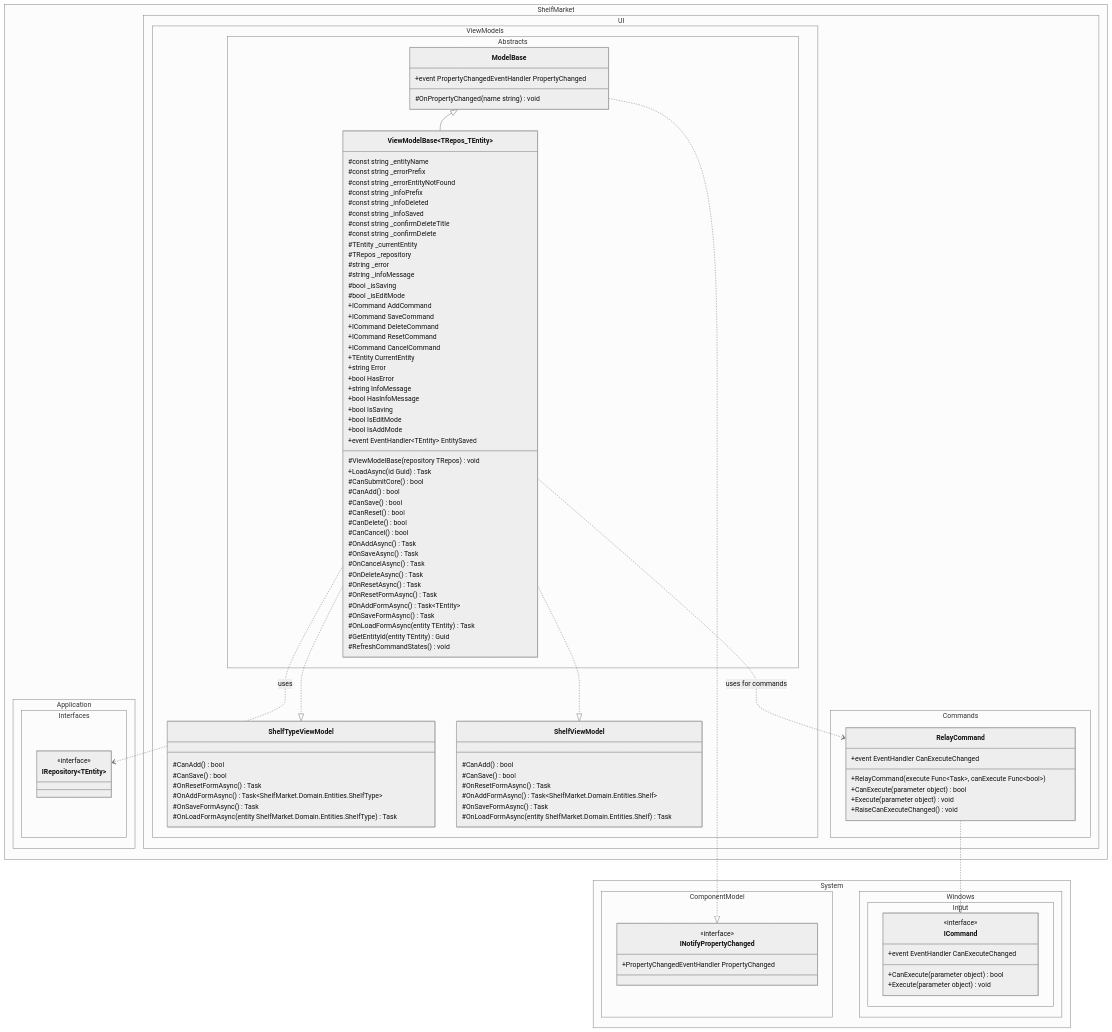
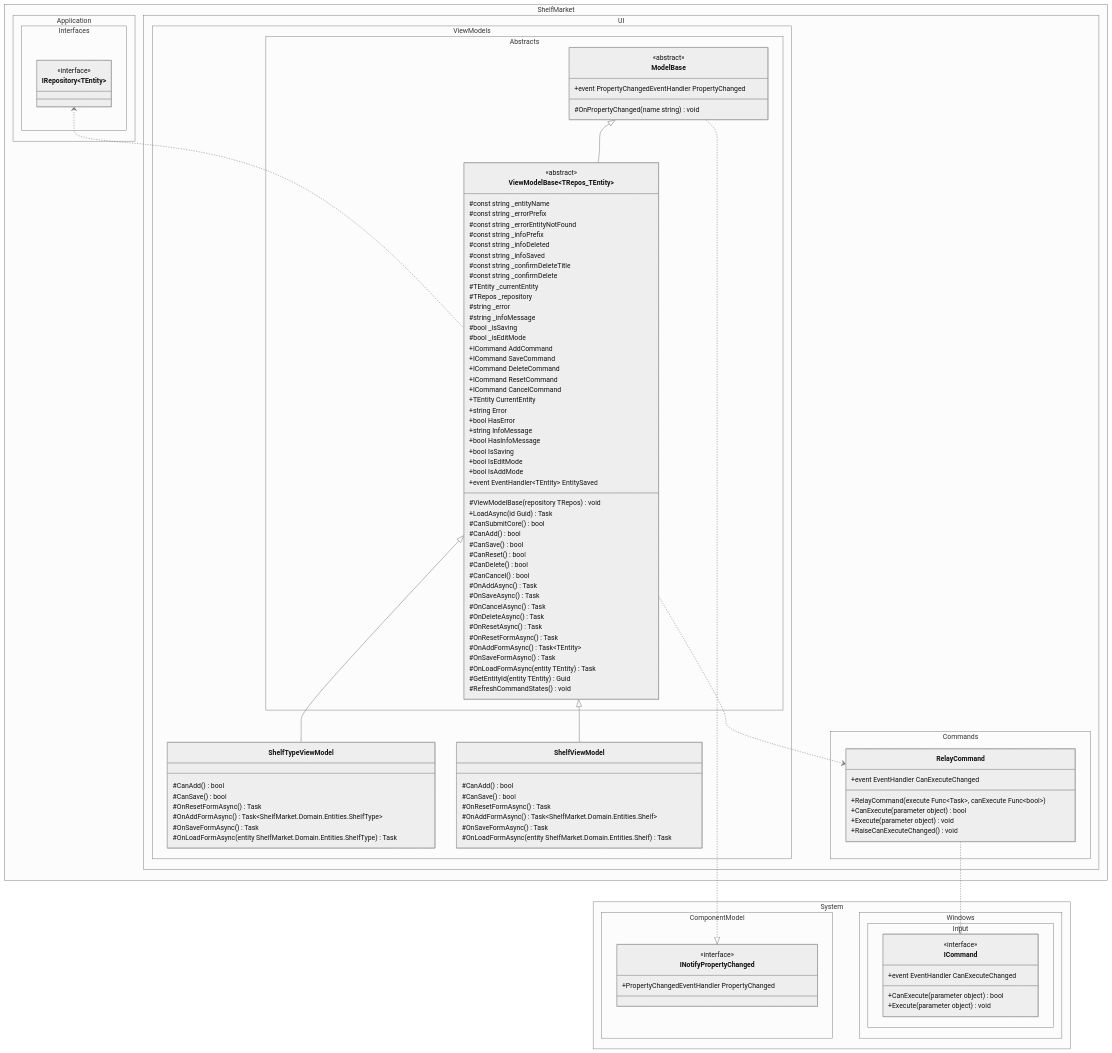
Before and after one commit to DMOoF25-TEAM11/ShelfMarket: the diagram in docs/DCD -mvvm.mmd, drawn with Mermaid (neutral theme). The commit also changed 4 other files, not shown here.

```diff
--- a/docs/DCD -mvvm.mmd
+++ b/docs/DCD -mvvm.mmd
@@ -1,129 +1,131 @@
 classDiagram
 
 namespace System.ComponentModel {
     class INotifyPropertyChanged {
         <<interface>>
         +PropertyChangedEventHandler PropertyChanged
     }
 }
 
 namespace System.Windows.Input {
     class ICommand {
         <<interface>>
         +CanExecute(parameter object) bool
         +Execute(parameter object) void
         +event EventHandler CanExecuteChanged
     }
 }
 
 namespace ShelfMarket.Application.Interfaces {
     class IRepository~TEntity~ {
         <<interface>>
     }
 }
 
 namespace ShelfMarket.UI.ViewModels.Abstracts {
     class ModelBase {
+        <<abstract>>
         +event PropertyChangedEventHandler PropertyChanged
         #OnPropertyChanged(name string) void
     }
 
     class ViewModelBase~TRepos_TEntity~ {
+        <<abstract>>
         %% Constants (protected)
         #const string _entityName
         #const string _errorPrefix
         #const string _errorEntityNotFound
         #const string _infoPrefix
         #const string _infoDeleted
         #const string _infoSaved
         #const string _confirmDeleteTitle
         #const string _confirmDelete
 
         %% Fields (protected)
         #TEntity _currentEntity
         #TRepos _repository
         #string _error
         #string _infoMessage
         #bool _isSaving
         #bool _isEditMode
 
         %% Ctor (protected)
         #ViewModelBase(repository TRepos) void
 
         %% Public API
         +ICommand AddCommand
         +ICommand SaveCommand
         +ICommand DeleteCommand
         +ICommand ResetCommand
         +ICommand CancelCommand
         +TEntity CurrentEntity
         +string Error
         +bool HasError
         +string InfoMessage
         +bool HasInfoMessage
         +bool IsSaving
         +bool IsEditMode
         +bool IsAddMode
         +event EventHandler~TEntity~ EntitySaved
         +LoadAsync(id Guid) Task
 
         %% Protected virtual/abstract
         #CanSubmitCore() bool
         #CanAdd() bool
         #CanSave() bool
         #CanReset() bool
         #CanDelete() bool
         #CanCancel() bool
         #OnAddAsync() Task
         #OnSaveAsync() Task
         #OnCancelAsync() Task
         #OnDeleteAsync() Task
         #OnResetAsync() Task
         #OnResetFormAsync() Task
         #OnAddFormAsync() Task~TEntity~
         #OnSaveFormAsync() Task
         #OnLoadFormAsync(entity TEntity) Task
         #GetEntityId(entity TEntity) Guid
         #RefreshCommandStates() void
     }
 }
 
 namespace ShelfMarket.UI.Commands {
     class RelayCommand {
         +RelayCommand(execute Func~Task~, canExecute Func~bool~)
         +CanExecute(parameter object) bool
         +Execute(parameter object) void
         +event EventHandler CanExecuteChanged
         +RaiseCanExecuteChanged() void
     }
 }
 
 namespace ShelfMarket.UI.ViewModels {
     class ShelfTypeViewModel {
         %% Protected overrides
         #CanAdd() bool
         #CanSave() bool
         #OnResetFormAsync() Task
         #OnAddFormAsync() Task~ShelfMarket.Domain.Entities.ShelfType~
         #OnSaveFormAsync() Task
         #OnLoadFormAsync(entity ShelfMarket.Domain.Entities.ShelfType) Task
     }
 
     class ShelfViewModel {
         %% Protected overrides
         #CanAdd() bool
         #CanSave() bool
         #OnResetFormAsync() Task
         #OnAddFormAsync() Task~ShelfMarket.Domain.Entities.Shelf~
         #OnSaveFormAsync() Task
         #OnLoadFormAsync(entity ShelfMarket.Domain.Entities.Shelf) Task
     }
 }
 
 ModelBase ..|> INotifyPropertyChanged
 ModelBase <|-- ViewModelBase
-ViewModelBase ..> IRepository : uses
 RelayCommand ..|> ICommand
-ViewModelBase ..> RelayCommand : uses for commands
-ViewModelBase ..|> ShelfTypeViewModel
-ViewModelBase ..|> ShelfViewModel
+IRepository <.. ViewModelBase
+ViewModelBase <|-- ShelfTypeViewModel
+ViewModelBase <|-- ShelfViewModel
+ViewModelBase ..> RelayCommand
```
